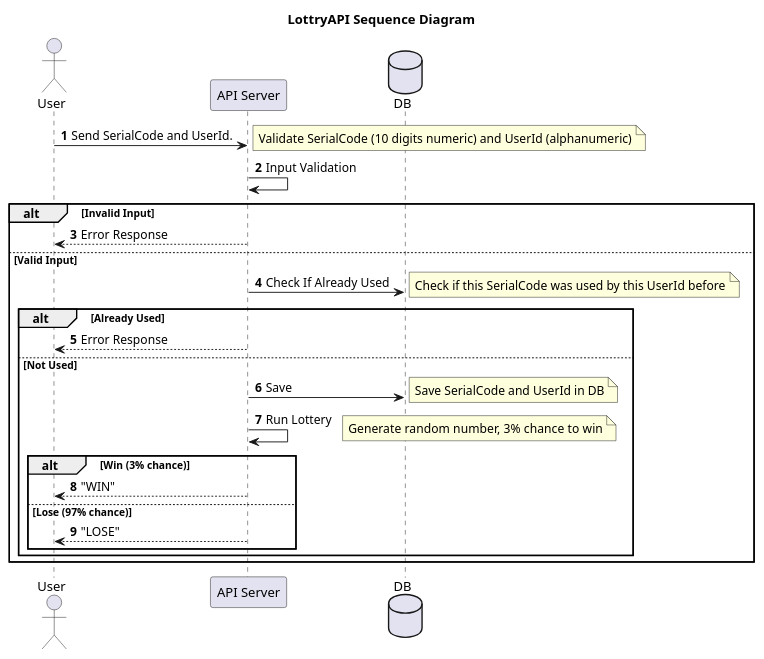
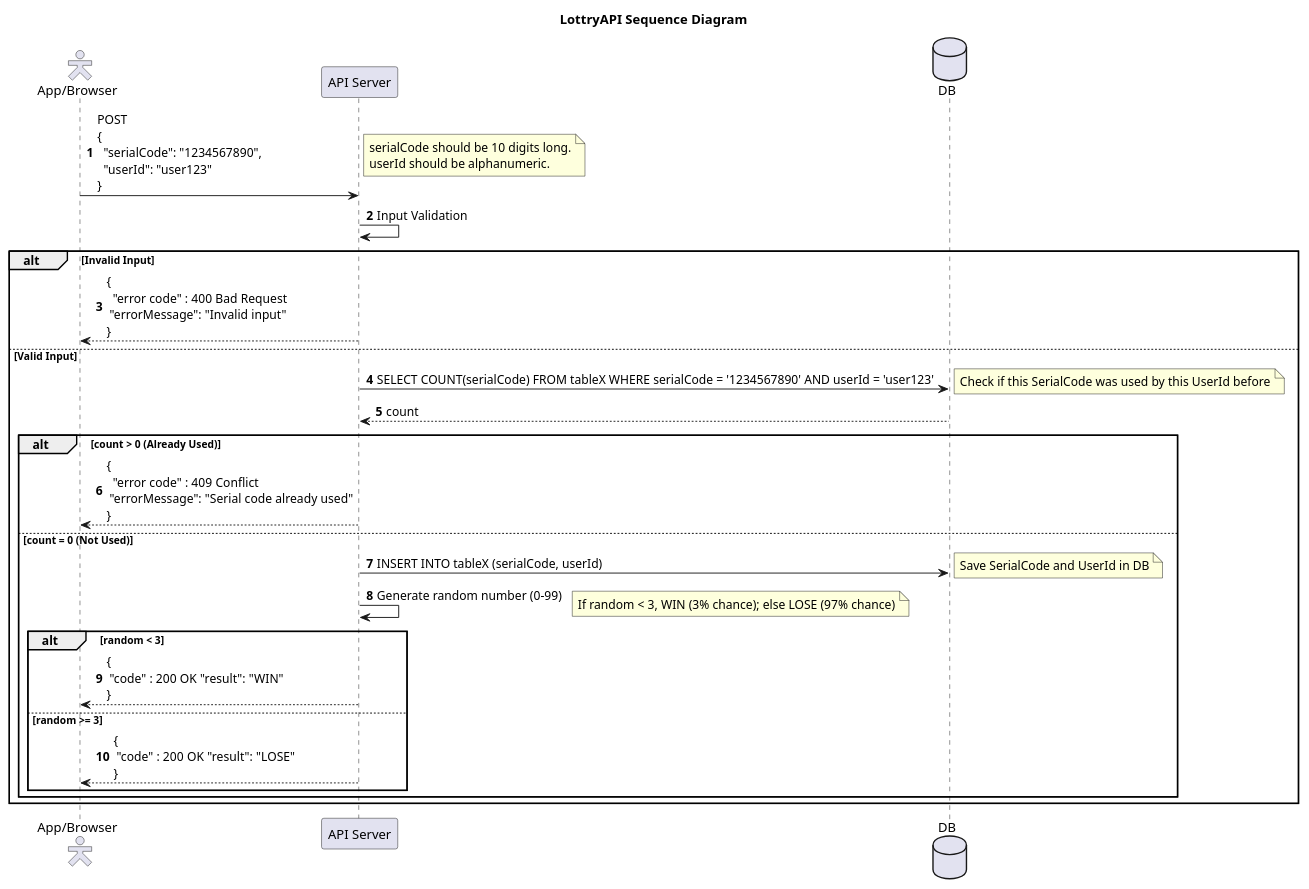
The diagram in LotteryAPI.puml (kojiaoyama-jpg/PlantUML), drawn with PlantUML before and after one commit. The commit also changed 1 other file, not shown here.

Commit message:
GEPO-1069 update Sequence Diagram process

```diff
--- a/LotteryAPI.puml
+++ b/LotteryAPI.puml
@@ -1,31 +1,35 @@
 @startuml
 title LottryAPI Sequence Diagram
-actor Client as "User"
+skinparam actorStyle Hollow
+actor Client as "App/Browser"
 participant "API Server" as Server
 database "DB" as DB
 autonumber
 
-Client -> Server: Send SerialCode and UserId. 
-note right: Validate SerialCode (10 digits numeric) and UserId (alphanumeric)
-
+Client -> Server: POST \n{\n  "serialCode": "1234567890",\n  "userId": "user123"\n}
+note right
+    serialCode should be 10 digits long.
+    userId should be alphanumeric.
+end note
 Server -> Server: Input Validation
 alt Invalid Input
-    Server --> Client: Error Response
+    Server --> Client: {\n  "error code" : 400 Bad Request \n "errorMessage": "Invalid input"\n}
 else Valid Input
-    Server -> DB: Check If Already Used
+    Server -> DB: SELECT COUNT(serialCode) FROM tableX WHERE serialCode = '1234567890' AND userId = 'user123'
     note right: Check if this SerialCode was used by this UserId before
-    alt Already Used
-        Server --> Client: Error Response
-    else Not Used
-        Server -> DB: Save
+    DB --> Server: count
+    alt count > 0 (Already Used)
+        Server --> Client: {\n  "error code" : 409 Conflict \n "errorMessage": "Serial code already used"\n}
+    else count = 0 (Not Used)
+        Server -> DB: INSERT INTO tableX (serialCode, userId)
         note right: Save SerialCode and UserId in DB
-        Server -> Server: Run Lottery
-        note right: Generate random number, 3% chance to win
-        alt Win (3% chance)
-            Server --> Client: "WIN"
-        else Lose (97% chance)
-            Server --> Client: "LOSE"
+        Server -> Server: Generate random number (0-99)
+        note right: If random < 3, WIN (3% chance); else LOSE (97% chance)
+        alt random < 3
+            Server --> Client: {\n "code" : 200 OK "result": "WIN"\n}
+        else random >= 3
+            Server --> Client: {\n "code" : 200 OK "result": "LOSE"\n}
         end
     end
 end
 @enduml
```
